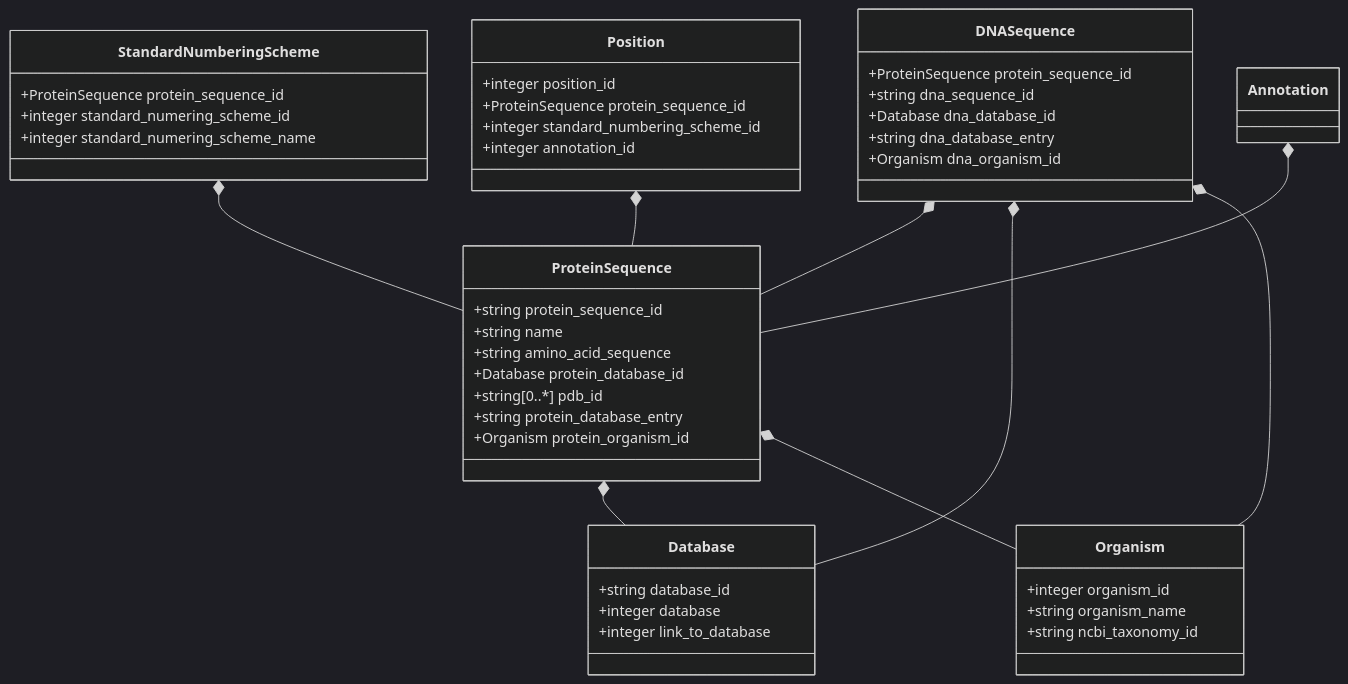
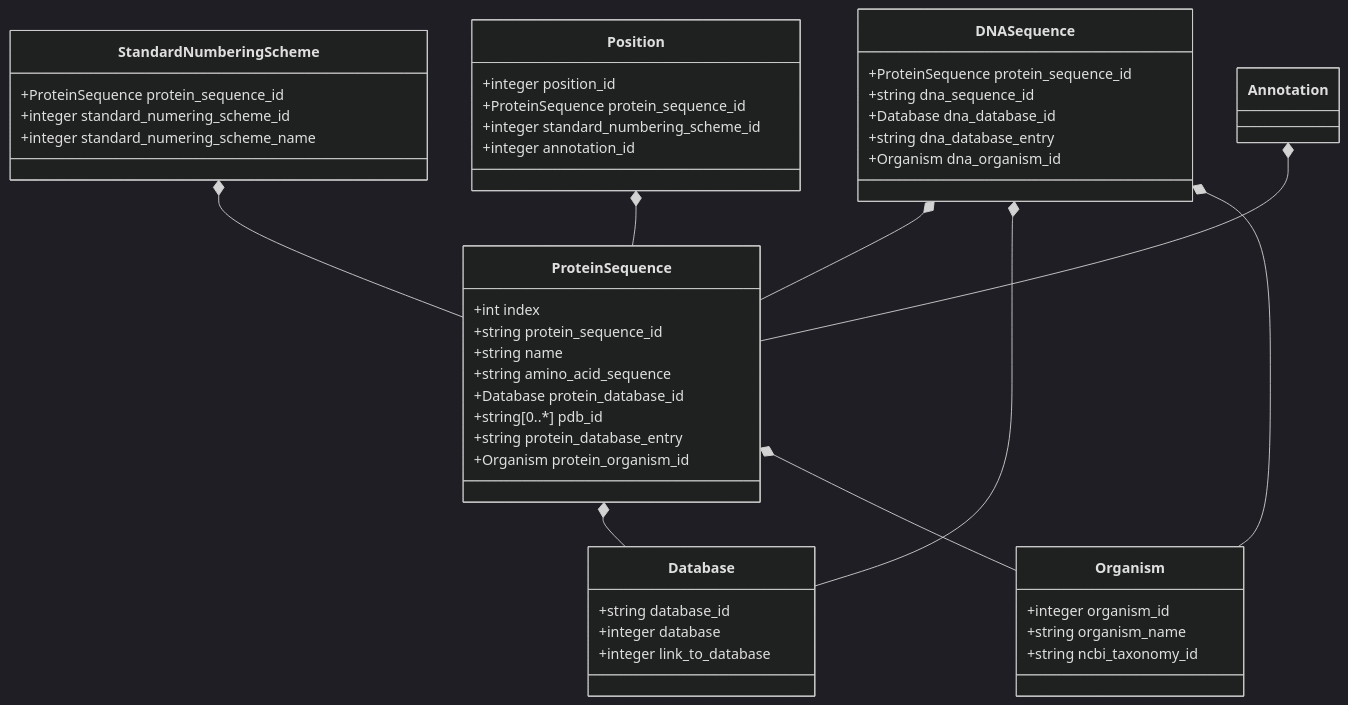
Before and after one commit to maxim945/PyEED-Fullprototype: the diagram in Database/schemes/-.md, drawn with Mermaid (dark theme). The commit also changed 7 other files, not shown here.

````diff
--- a/Database/schemes/-.md
+++ b/Database/schemes/-.md
@@ -1,55 +1,56 @@
 ```mermaid
 classDiagram
     ProteinSequence *-- Database
     ProteinSequence *-- Organism
     DNASequence *-- ProteinSequence
     DNASequence *-- Database
     DNASequence *-- Organism
     StandardNumberingScheme *-- ProteinSequence
     Position *-- ProteinSequence
     Annotation *-- ProteinSequence
     
     class ProteinSequence {
+        +int index
         +string protein_sequence_id
         +string name
         +string amino_acid_sequence
         +Database protein_database_id
         +string[0..*] pdb_id
         +string protein_database_entry
         +Organism protein_organism_id
     }
     
     class DNASequence {
         +ProteinSequence protein_sequence_id
         +string dna_sequence_id
         +Database dna_database_id
         +string dna_database_entry
         +Organism dna_organism_id
     }
     
     class Organism {
         +integer organism_id
         +string organism_name
         +string ncbi_taxonomy_id
     }
     
     class Database {
         +string database_id
         +integer database
         +integer link_to_database
     }
     
     class StandardNumberingScheme {
         +ProteinSequence protein_sequence_id
         +integer standard_numering_scheme_id
         +integer standard_numering_scheme_name
     }
     
     class Position {
         +integer position_id
         +ProteinSequence protein_sequence_id
         +integer standard_numbering_scheme_id
         +integer annotation_id
     }
     
 ```
````
